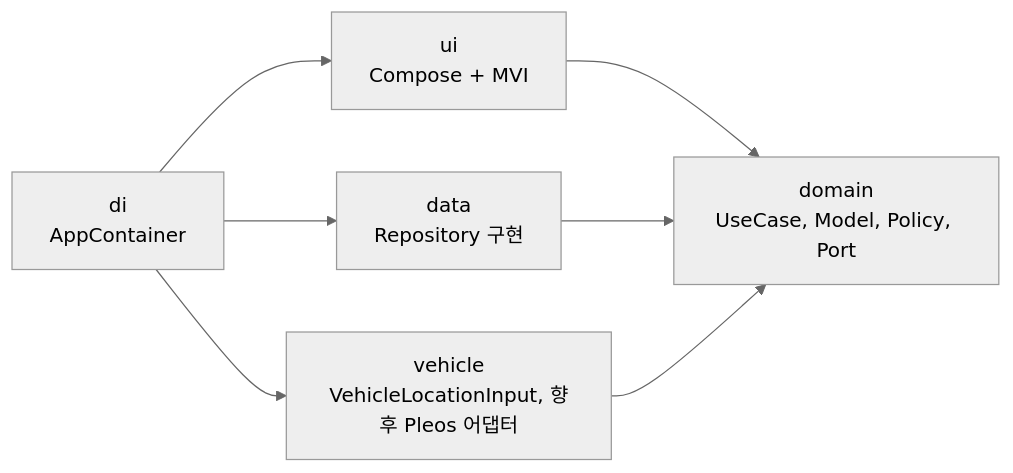
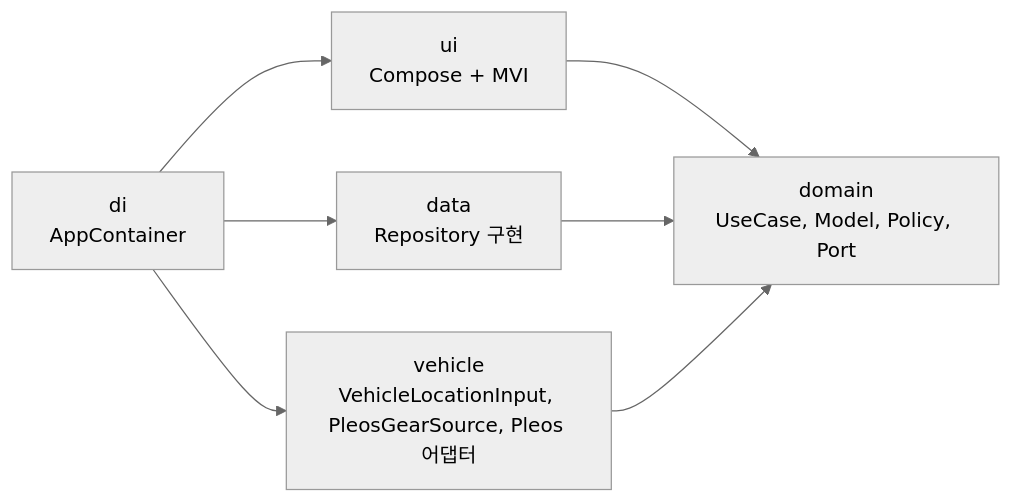
One commit to Potatoes-Book-5/WithIm changed the first of 5 diagrams in docs/ARCHITECTURE.md. Above: the diagram before and after it, drawn with Mermaid (neutral theme). The commit also changed other lines of this file and 17 other files, not shown here.

First line of the commit message:
feat(F-009): decide driving and drive end from Pleos gear state

````diff
--- a/docs/ARCHITECTURE.md
+++ b/docs/ARCHITECTURE.md
@@ -51,9 +52,9 @@
 ```mermaid
 flowchart LR
     UI[ui<br/>Compose + MVI] --> Domain[domain<br/>UseCase, Model, Policy, Port]
     Data[data<br/>Repository 구현] --> Domain
-    Vehicle[vehicle<br/>VehicleLocationInput, 향후 Pleos 어댑터] --> Domain
+    Vehicle[vehicle<br/>VehicleLocationInput, PleosGearSource, Pleos 어댑터] --> Domain
     DI[di<br/>AppContainer] --> UI
     DI --> Data
     DI --> Vehicle
 ```
````
